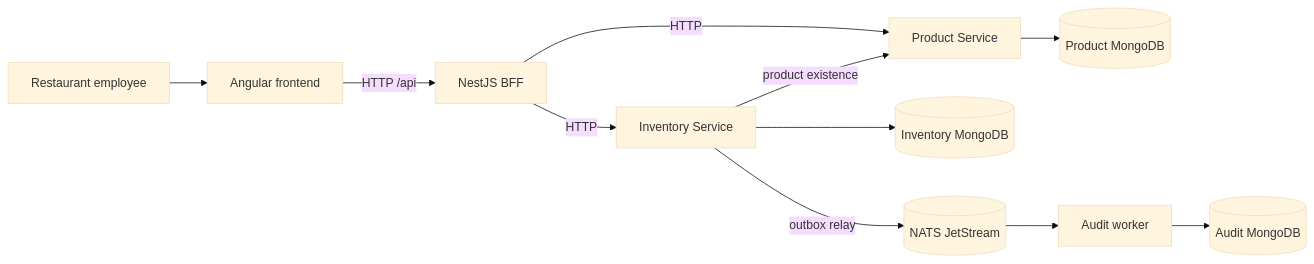
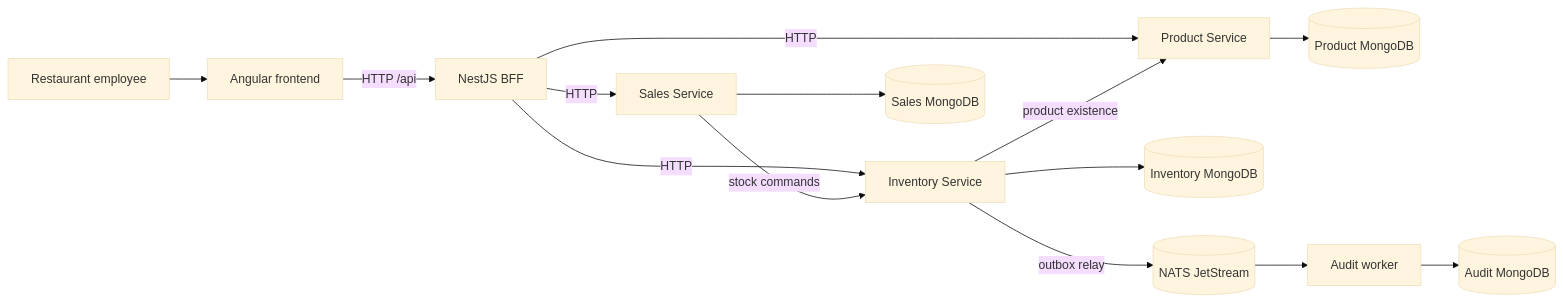
Before and after one commit to yassin-hakim/stockflow: the diagram in docs/README.md, drawn with Mermaid (base theme). The commit also changed other lines of this file and 212 other files, not shown here.

````diff
--- a/docs/README.md
+++ b/docs/README.md
@@ -5,13 +5,16 @@
 ```mermaid
 flowchart LR
   Employee[Restaurant employee] --> UI[Angular frontend]
   UI -->|HTTP /api| BFF[NestJS BFF]
   BFF -->|HTTP| Product[Product Service]
   BFF -->|HTTP| Inventory[Inventory Service]
+  BFF -->|HTTP| Sales[Sales Service]
   Inventory -->|product existence| Product
   Product --> ProductDB[(Product MongoDB)]
   Inventory --> InventoryDB[(Inventory MongoDB)]
+  Sales --> SalesDB[(Sales MongoDB)]
+  Sales -->|stock commands| Inventory
   Inventory -->|outbox relay| NATS[(NATS JetStream)]
   NATS --> Audit[Audit worker]
   Audit --> AuditDB[(Audit MongoDB)]
 ```
````
